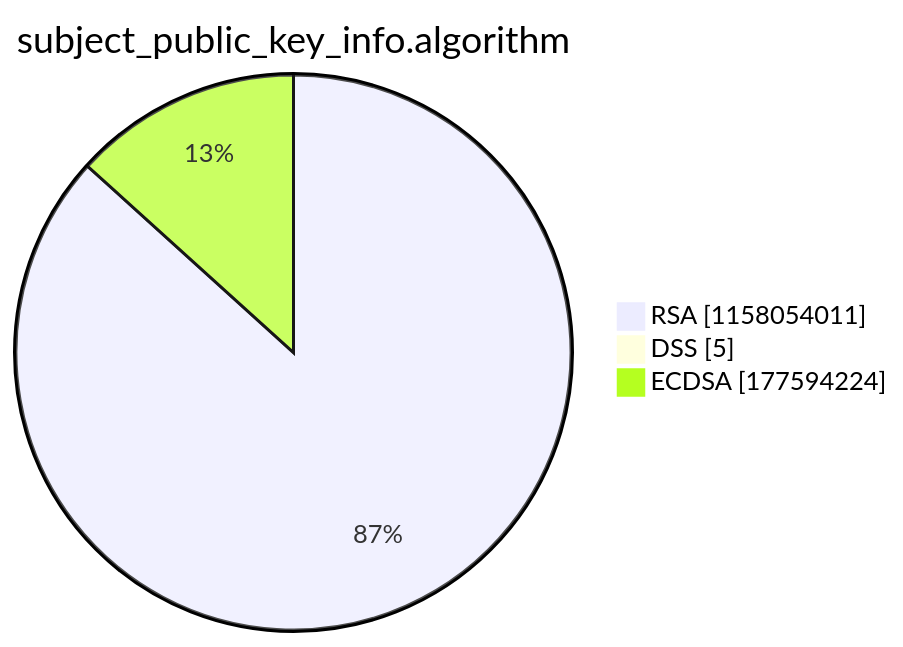
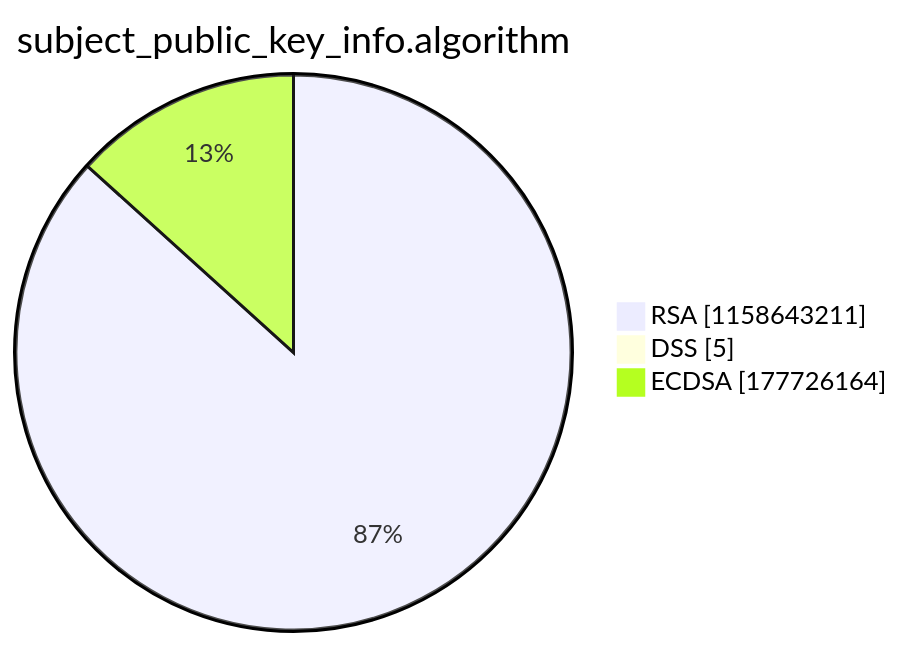
Before and after one commit to christiankrug/ctmonitor_visualization: the third of 15 diagrams in argon2022/README.md, drawn with Mermaid. The commit also changed other lines of this file, not shown here.

````diff
--- a/argon2022/README.md
+++ b/argon2022/README.md
@@ -14,7 +14,7 @@
 ```mermaid
 pie showData
 title subject_public_key_info.algorithm
-"RSA" :1158054011
+"RSA" :1158643211
 "DSS" :5
-"ECDSA" :177594224
+"ECDSA" :177726164
 ```
````
